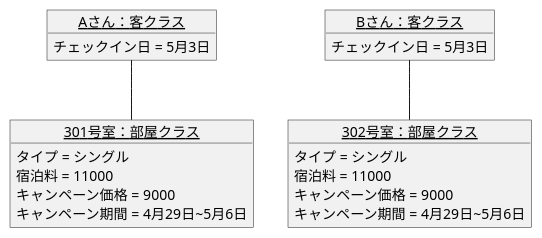
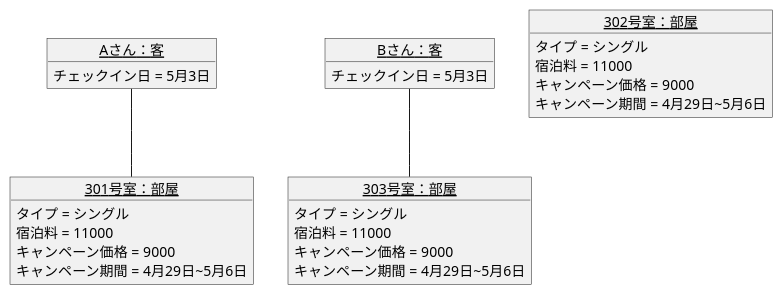
One commit to eumura123/uml-introduction changed the diagram in 演習3-5_OBJ_ホテル宿泊予約.pu. Above: the diagram before and after it, drawn with PlantUML. The commit also changed 4 other files, not shown here.

```diff
--- a/演習3-5_OBJ_ホテル宿泊予約.pu
+++ b/演習3-5_OBJ_ホテル宿泊予約.pu
@@ -1,22 +1,28 @@
 @startuml  
-object "<u>Aさん：客クラス</u>" as a{
+object "<u>Aさん：客</u>" as a{
 チェックイン日 = 5月3日
 }
-object "<u>Bさん：客クラス</u>" as b{
+object "<u>Bさん：客</u>" as b{
 チェックイン日 = 5月3日
 }
-object "<u>301号室：部屋クラス</u>" as 301{
+object "<u>301号室：部屋</u>" as 301{
 タイプ = シングル
 宿泊料 = 11000
 キャンペーン価格 = 9000
 キャンペーン期間 = 4月29日~5月6日
 }
-object "<u>302号室：部屋クラス</u>" as 302{
+object "<u>302号室：部屋</u>" as 302{
+タイプ = シングル
+宿泊料 = 11000
+キャンペーン価格 = 9000
+キャンペーン期間 = 4月29日~5月6日
+}
+object "<u>303号室：部屋</u>" as 303{
 タイプ = シングル
 宿泊料 = 11000
 キャンペーン価格 = 9000
 キャンペーン期間 = 4月29日~5月6日
 }
 a -- 301
-b -- 302
+b -- 303
 @enduml
```
